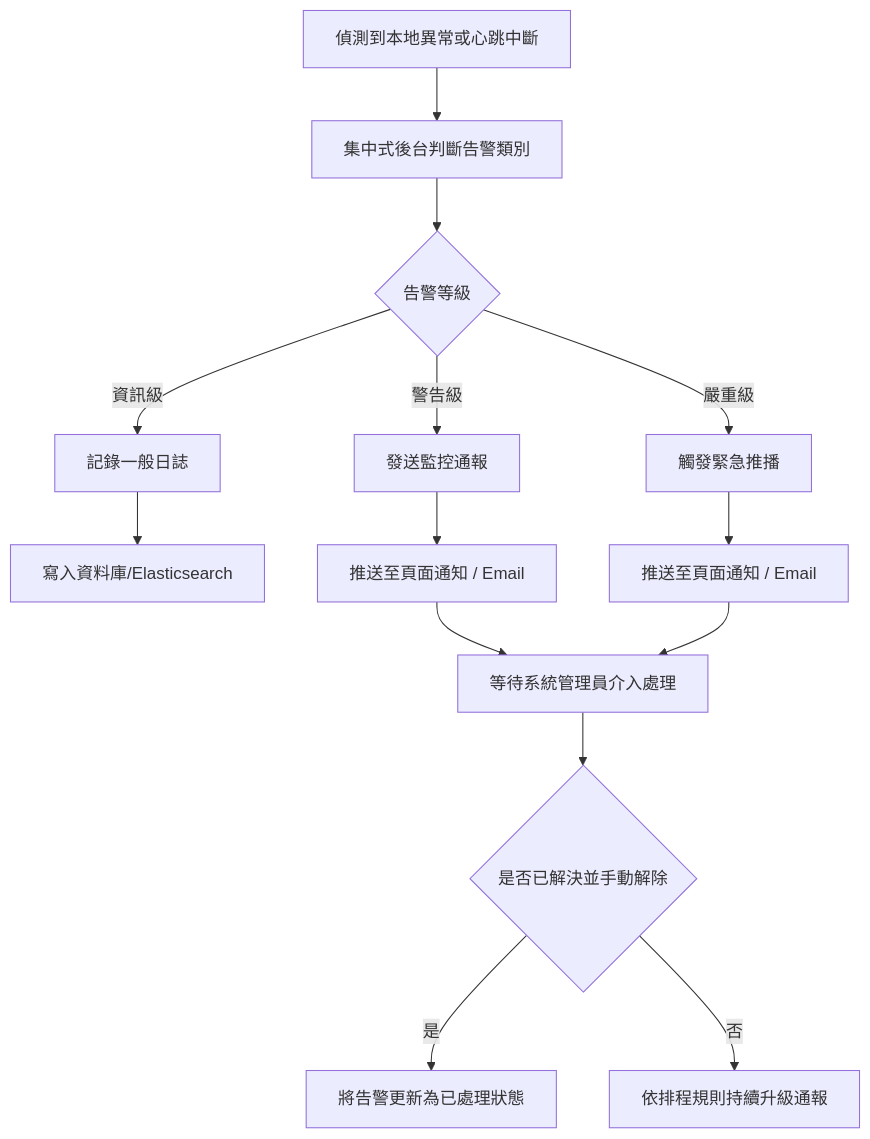
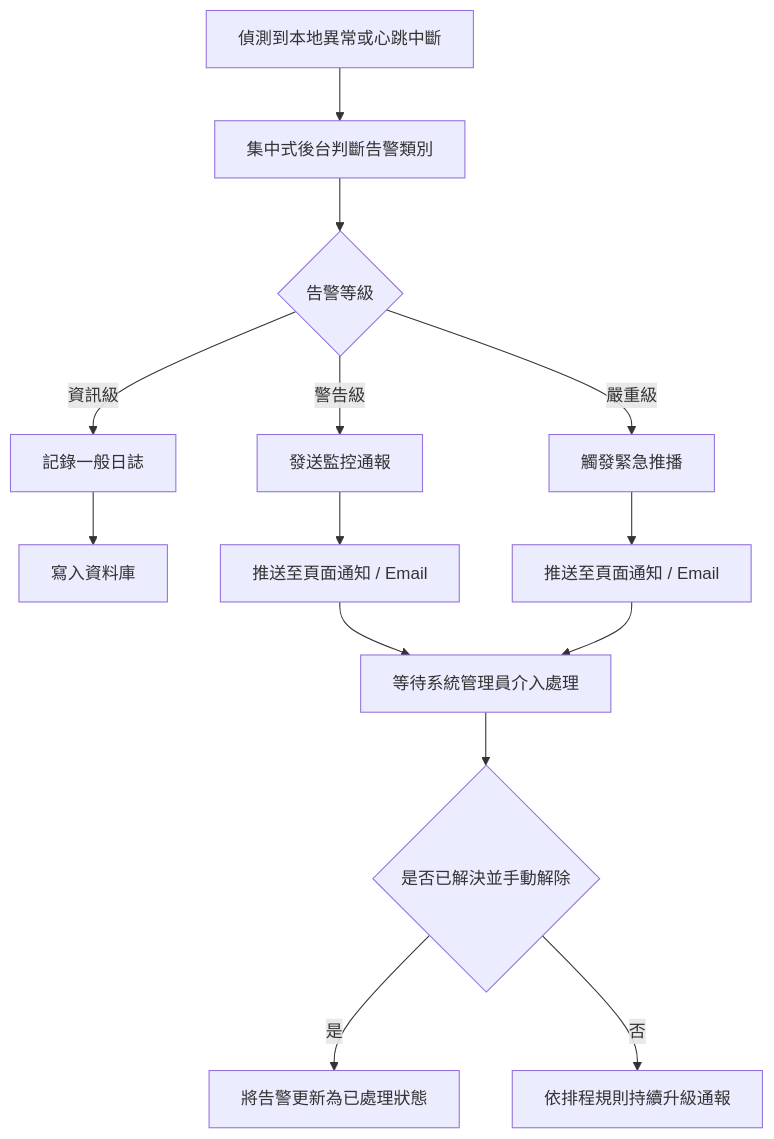
Before and after one commit to dimx9173/project_game: the fifth of 17 diagrams in md/v8/遊戲平台管理系統_功能矩陣與流程圖_旗艦版.md, drawn with Mermaid. The commit also changed 1 other file, not shown here.

Commit message:
docs: 修正遊戲供應商同步與介面更新的 flowchart 格式

````diff
--- a/md/v8/遊戲平台管理系統_功能矩陣與流程圖_旗艦版.md
+++ b/md/v8/遊戲平台管理系統_功能矩陣與流程圖_旗艦版.md
@@ -339,16 +339,16 @@
 ```mermaid
 flowchart TD
     A[偵測到本地異常或心跳中斷] --> B[集中式後台判斷告警類別]
     B --> C{告警等級}
     C -->|資訊級| D[記錄一般日誌]
     C -->|警告級| E[發送監控通報]
     C -->|嚴重級| F[觸發緊急推播]
-    D --> G[寫入資料庫/Elasticsearch]
+    D --> G[寫入資料庫]
     E --> H[推送至頁面通知 / Email]
     F --> I[推送至頁面通知 / Email]
     H --> J[等待系統管理員介入處理]
     I --> J
     J --> K{是否已解決並手動解除}
     K -->|是| L[將告警更新為已處理狀態]
     K -->|否| M[依排程規則持續升級通報]
 ```
````
